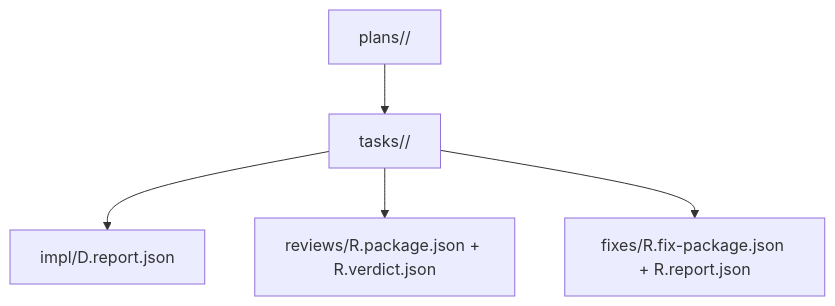
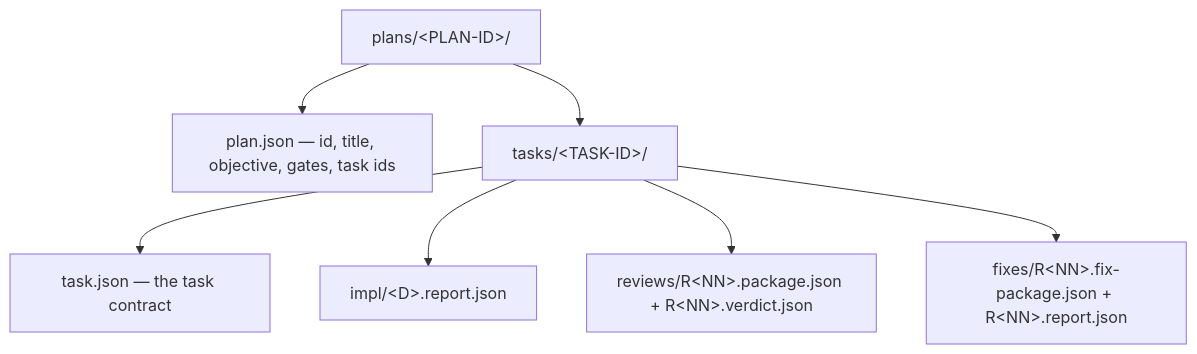
One commit to Atri10/executor changed the second of 3 diagrams in skills/executor/references/layout.md. Above: the diagram before and after it, drawn with Mermaid. The commit also changed other lines of this file and 59 other files, not shown here.

````diff
--- a/skills/executor/references/layout.md
+++ b/skills/executor/references/layout.md
@@ -33,7 +51,9 @@
 ```mermaid
 flowchart TB
-    PLN["plans/<PLAN-ID>/"] --> TSK["tasks/<TASK-ID>/"]
-    TSK --> IMPL["impl/D<NNNNN>.report.json"]
-    TSK --> REV["reviews/R<NN>.package.json + R<NN>.verdict.json"]
-    TSK --> FIX["fixes/R<NN>.fix-package.json + R<NN>.report.json"]
+    PLN["plans/&lt;PLAN-ID&gt;/"] --> IDX["plan.json — id, title, objective, gates, task ids"]
+    PLN --> TSK["tasks/&lt;TASK-ID&gt;/"]
+    TSK --> SPEC["task.json — the task contract"]
+    TSK --> IMPL["impl/&lt;D&gt;.report.json"]
+    TSK --> REV["reviews/R&lt;NN&gt;.package.json + R&lt;NN&gt;.verdict.json"]
+    TSK --> FIX["fixes/R&lt;NN&gt;.fix-package.json + R&lt;NN&gt;.report.json"]
 ```
````
